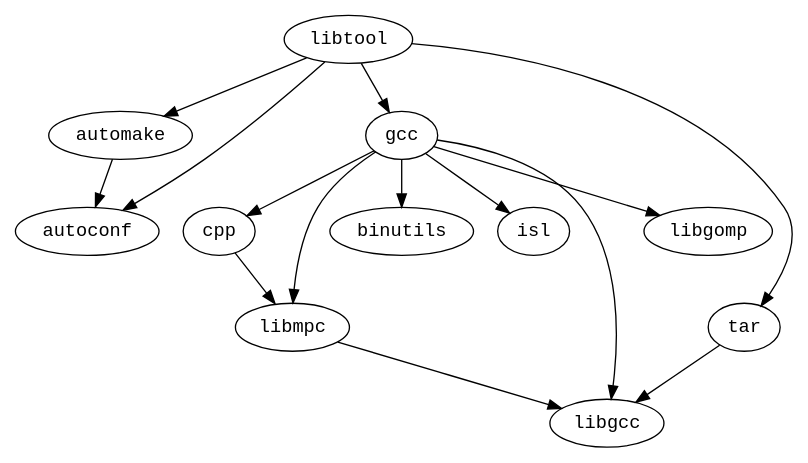
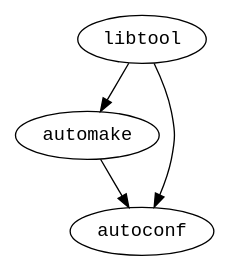
The diagram in modules/autotools/x86_64/graph.dot (fedora-modularity/dependency-report), drawn with Graphviz before and after one commit. The commit also changed 1651 other files, not shown here.

```diff
--- a/modules/autotools/x86_64/graph.dot
+++ b/modules/autotools/x86_64/graph.dot
@@ -1,17 +1,6 @@
 strict digraph G {
 node [fontname=monospace];
   "automake" -> "autoconf";
-  "cpp" -> "libmpc";
-  "gcc" -> "binutils";
-  "gcc" -> "cpp";
-  "gcc" -> "isl";
-  "gcc" -> "libgcc";
-  "gcc" -> "libgomp";
-  "gcc" -> "libmpc";
-  "libmpc" -> "libgcc";
   "libtool" -> "autoconf";
   "libtool" -> "automake";
-  "libtool" -> "gcc";
-  "libtool" -> "tar";
-  "tar" -> "libgcc";
 }
```
